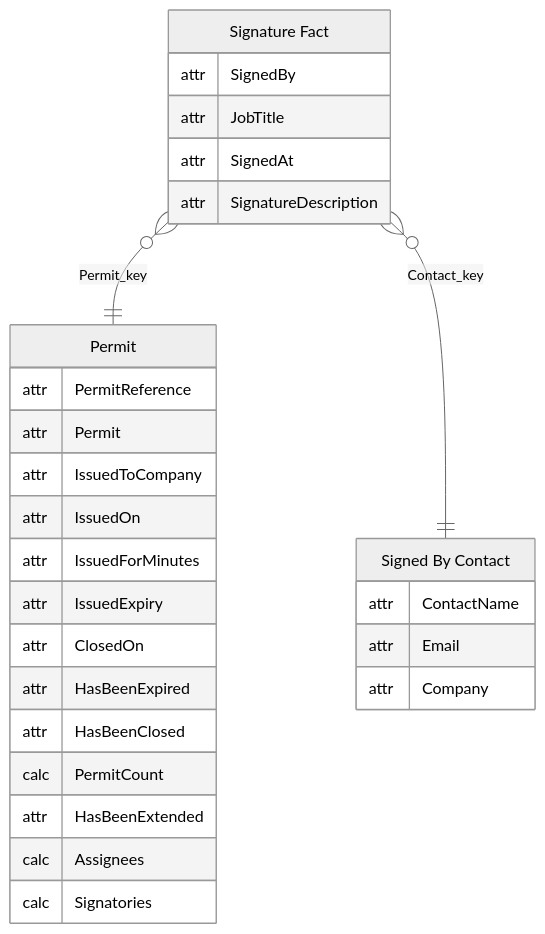
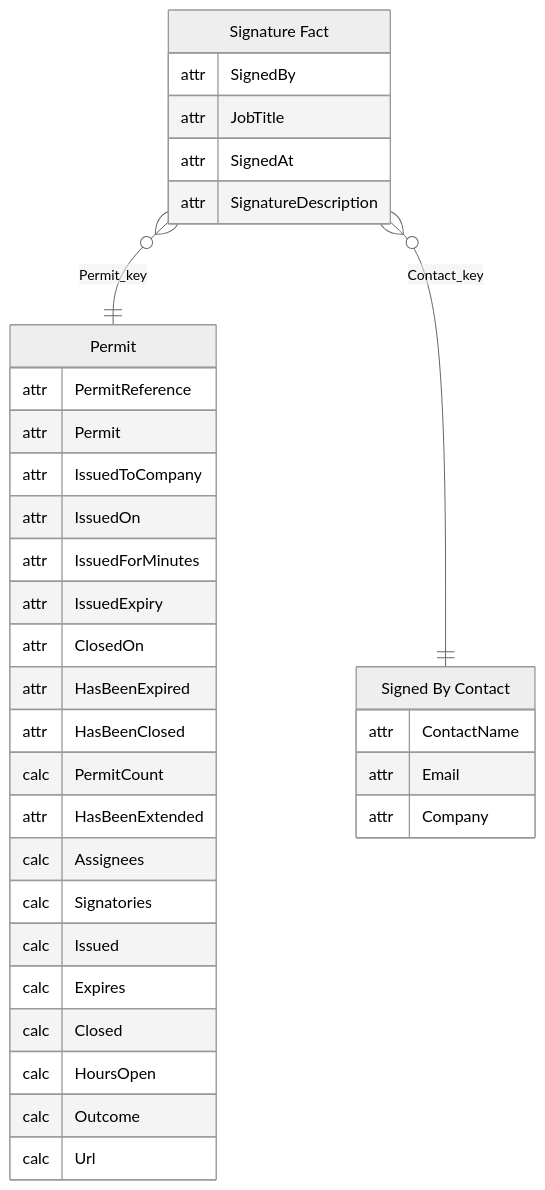
The sixth of 7 diagrams in PowerBISamplesModels/Permits.md (work-wallet/BIClient), drawn with Mermaid before and after one commit. The commit also changed other lines of this file and 816 other files, not shown here.

````diff
--- a/PowerBISamplesModels/Permits.md
+++ b/PowerBISamplesModels/Permits.md
@@ -230,35 +269,41 @@
 ```mermaid
 ---
 config:
   theme: neutral
 ---
 erDiagram
     "Permit" {
         attr PermitReference
         attr Permit
         attr IssuedToCompany
         attr IssuedOn
         attr IssuedForMinutes
         attr IssuedExpiry
         attr ClosedOn
         attr HasBeenExpired
         attr HasBeenClosed
         calc PermitCount
         attr HasBeenExtended
         calc Assignees
         calc Signatories
+        calc Issued
+        calc Expires
+        calc Closed
+        calc HoursOpen
+        calc Outcome
+        calc Url
     }
     "Signed By Contact" {
         attr ContactName
         attr Email
         attr Company
     }
     "Signature Fact" {
         attr SignedBy
         attr JobTitle
         attr SignedAt
         attr SignatureDescription
     }
     "Signature Fact" }o--|| "Permit" : "Permit_key"
     "Signature Fact" }o--|| "Signed By Contact" : "Contact_key"
 ```
````
